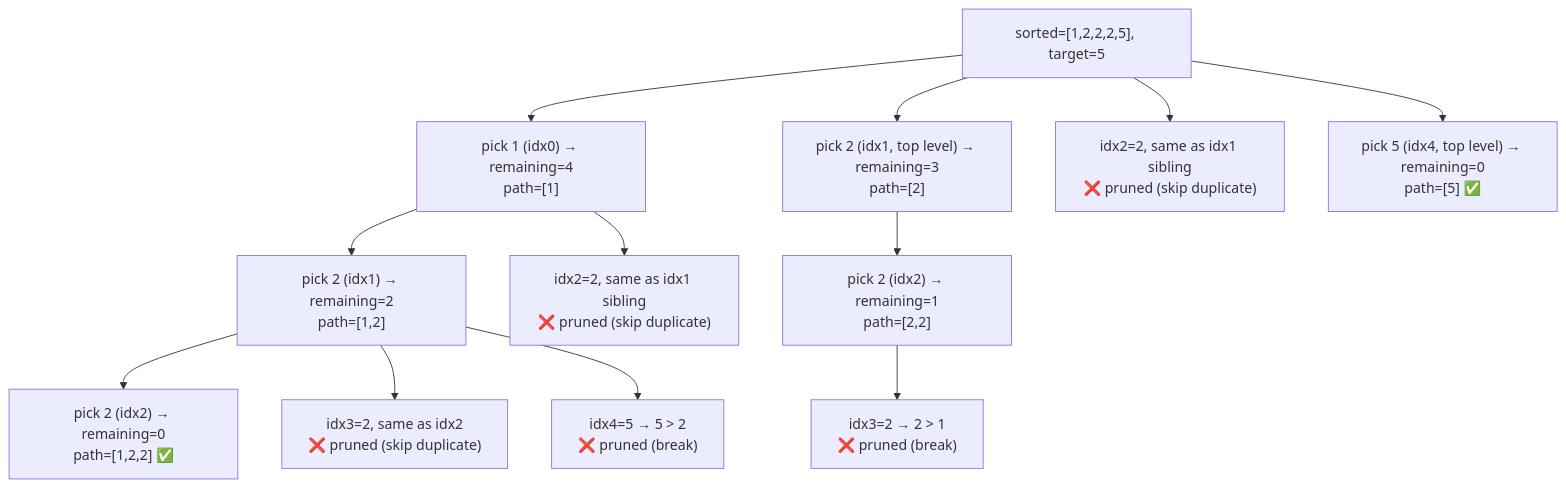
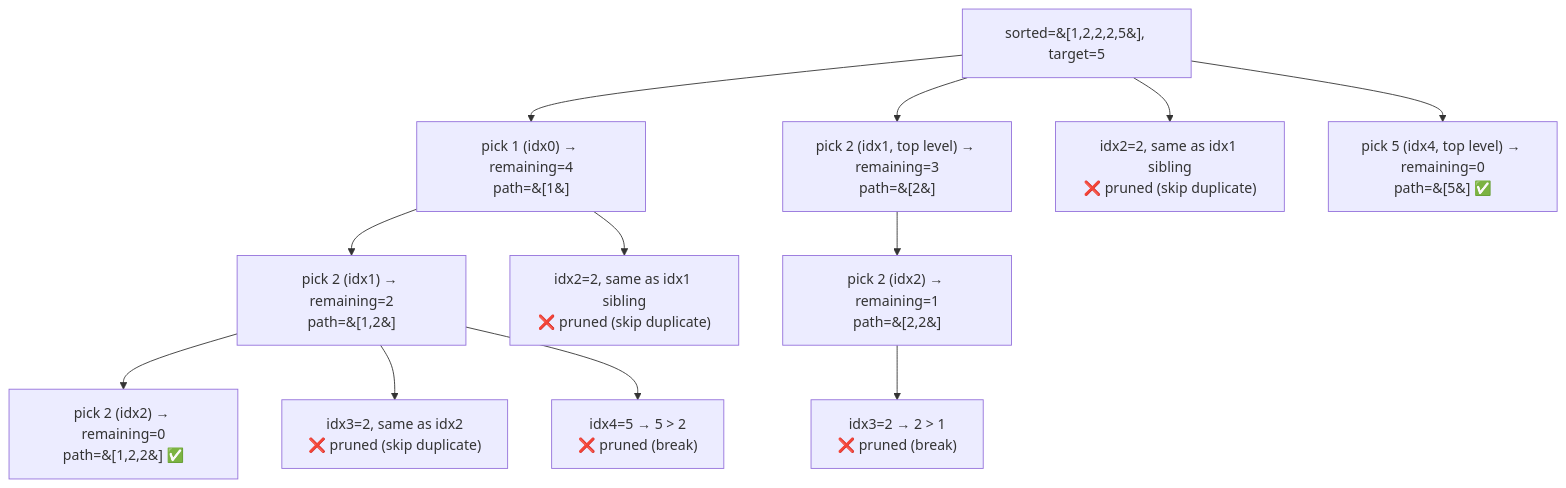
Before and after one commit to Aryan-Jadon18/dsa-placement-prep: the diagram in topics/10-backtracking/05-combination-sum-ii/README.md, drawn with Mermaid. The commit also changed 52 other files, not shown here.

First line of the commit message:
Fix Mermaid diagrams not rendering on GitHub

````diff
--- a/topics/10-backtracking/05-combination-sum-ii/README.md
+++ b/topics/10-backtracking/05-combination-sum-ii/README.md
@@ -90,22 +90,22 @@
 ```mermaid
 graph TD
-    R["sorted=[1,2,2,2,5], target=5"]
-    A["pick 1 (idx0) → remaining=4<br/>path=[1]"]
-    A1["pick 2 (idx1) → remaining=2<br/>path=[1,2]"]
-    A1a["pick 2 (idx2) → remaining=0<br/>path=[1,2,2] ✅"]
+    R["sorted=&#91;1,2,2,2,5&#93;, target=5"]
+    A["pick 1 (idx0) → remaining=4<br/>path=&#91;1&#93;"]
+    A1["pick 2 (idx1) → remaining=2<br/>path=&#91;1,2&#93;"]
+    A1a["pick 2 (idx2) → remaining=0<br/>path=&#91;1,2,2&#93; ✅"]
     A1b["idx3=2, same as idx2<br/>❌ pruned (skip duplicate)"]
     A1c["idx4=5 → 5 > 2<br/>❌ pruned (break)"]
     A2["idx2=2, same as idx1 sibling<br/>❌ pruned (skip duplicate)"]
-    B["pick 2 (idx1, top level) → remaining=3<br/>path=[2]"]
-    B1["pick 2 (idx2) → remaining=1<br/>path=[2,2]"]
+    B["pick 2 (idx1, top level) → remaining=3<br/>path=&#91;2&#93;"]
+    B1["pick 2 (idx2) → remaining=1<br/>path=&#91;2,2&#93;"]
     B1a["idx3=2 → 2 > 1<br/>❌ pruned (break)"]
     C["idx2=2, same as idx1 sibling<br/>❌ pruned (skip duplicate)"]
-    D["pick 5 (idx4, top level) → remaining=0<br/>path=[5] ✅"]
+    D["pick 5 (idx4, top level) → remaining=0<br/>path=&#91;5&#93; ✅"]
     R --> A --> A1 --> A1a
     A1 --> A1b
     A1 --> A1c
     A --> A2
     R --> B --> B1 --> B1a
     R --> C
     R --> D
 ```
````
